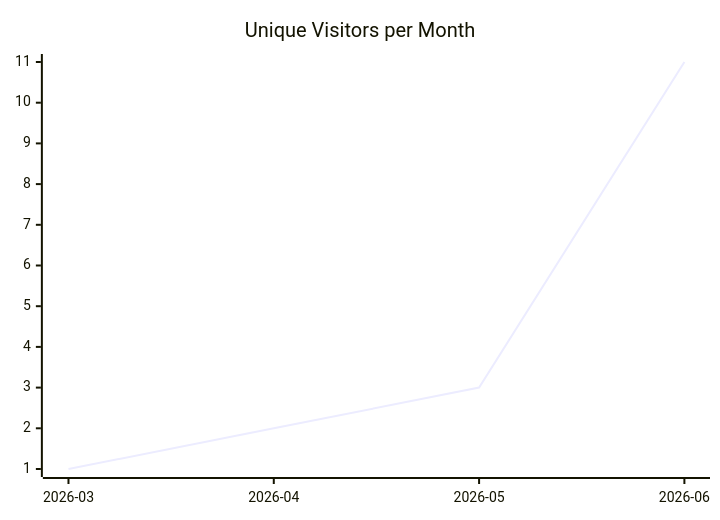
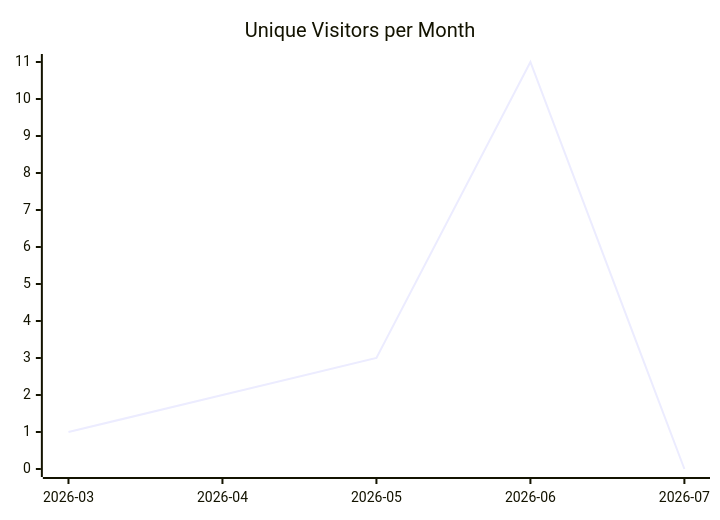
The first of 3 diagrams in karlmdavis/justdavis-ansible/README.md (justdavis-family/github-analytics-data), drawn with Mermaid before and after one commit. The commit also changed other lines of this file and 199 other files, not shown here.

````diff
--- a/karlmdavis/justdavis-ansible/README.md
+++ b/karlmdavis/justdavis-ansible/README.md
@@ -5,6 +5,6 @@
 ```mermaid
 xychart-beta
   title "Unique Visitors per Month"
-  x-axis ["2026-03", "2026-04", "2026-05", "2026-06"]
-  line [1, 2, 3, 11]
+  x-axis ["2026-03", "2026-04", "2026-05", "2026-06", "2026-07"]
+  line [1, 2, 3, 11, 0]
 ```
````
